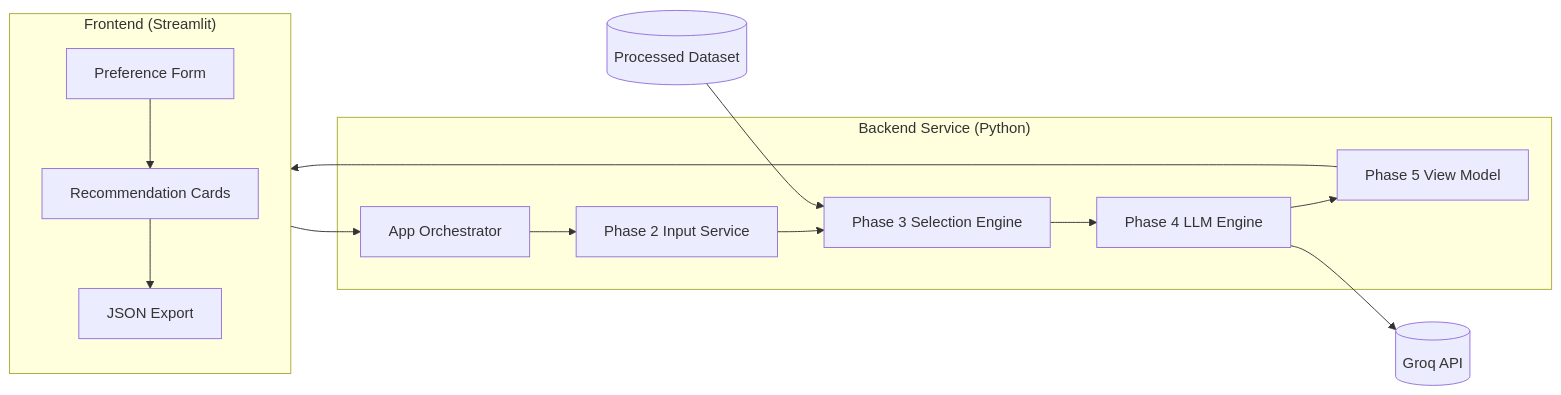
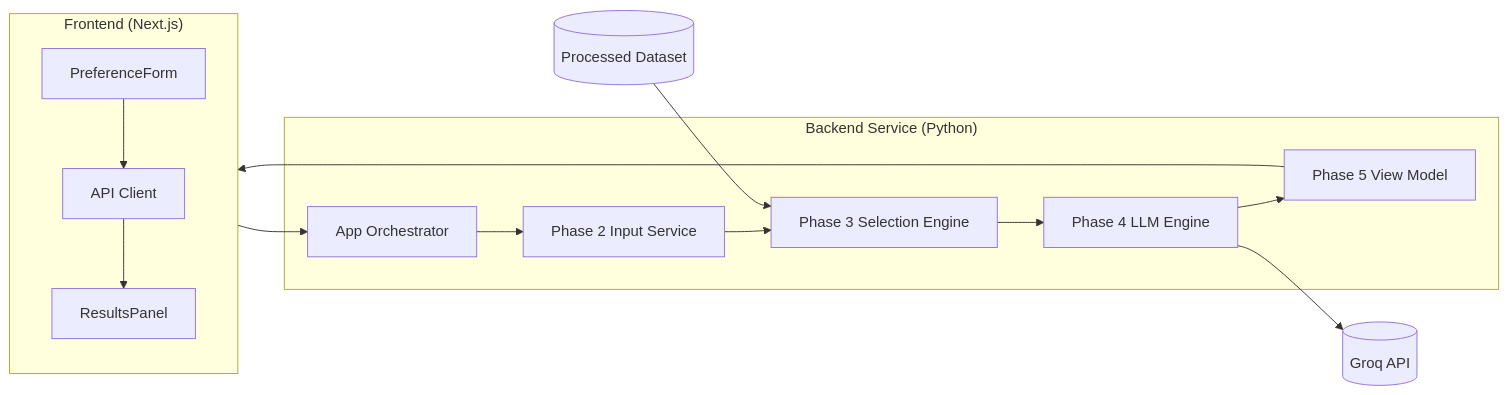
One commit to dhulipudialekhya-nextleap/Milestone-1---Zomato changed the second of 8 diagrams in Docs/architecture.md. Above: the diagram before and after it, drawn with Mermaid. The commit also changed other lines of this file and 17 other files, not shown here.

````diff
--- a/Docs/architecture.md
+++ b/Docs/architecture.md
@@ -97,26 +97,26 @@
 ```mermaid
 flowchart LR
-    subgraph FE["Frontend (Streamlit)"]
-        FORM[Preference Form]
-        CARDS[Recommendation Cards]
-        EXPORT[JSON Export]
-        FORM --> CARDS --> EXPORT
+    subgraph FE["Frontend (Next.js)"]
+        FORM[PreferenceForm]
+        API_CLIENT[API Client]
+        CARDS[ResultsPanel]
+        FORM --> API_CLIENT --> CARDS
     end
 
     subgraph BE["Backend Service (Python)"]
         API[App Orchestrator]
         P2[Phase 2 Input Service]
         P3[Phase 3 Selection Engine]
         P4[Phase 4 LLM Engine]
         P5[Phase 5 View Model]
         API --> P2 --> P3 --> P4 --> P5
     end
 
     STORE[(Processed Dataset)]
     GROQ[(Groq API)]
 
     FE --> API
     STORE --> P3
     P4 --> GROQ
     P5 --> FE
 ```
````
